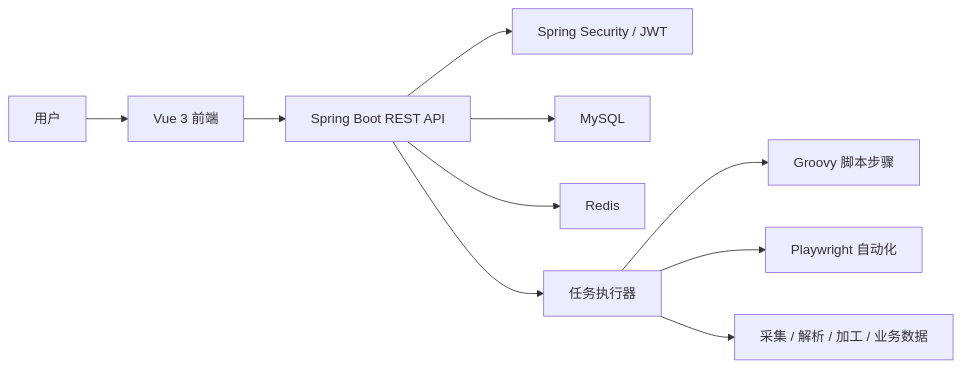
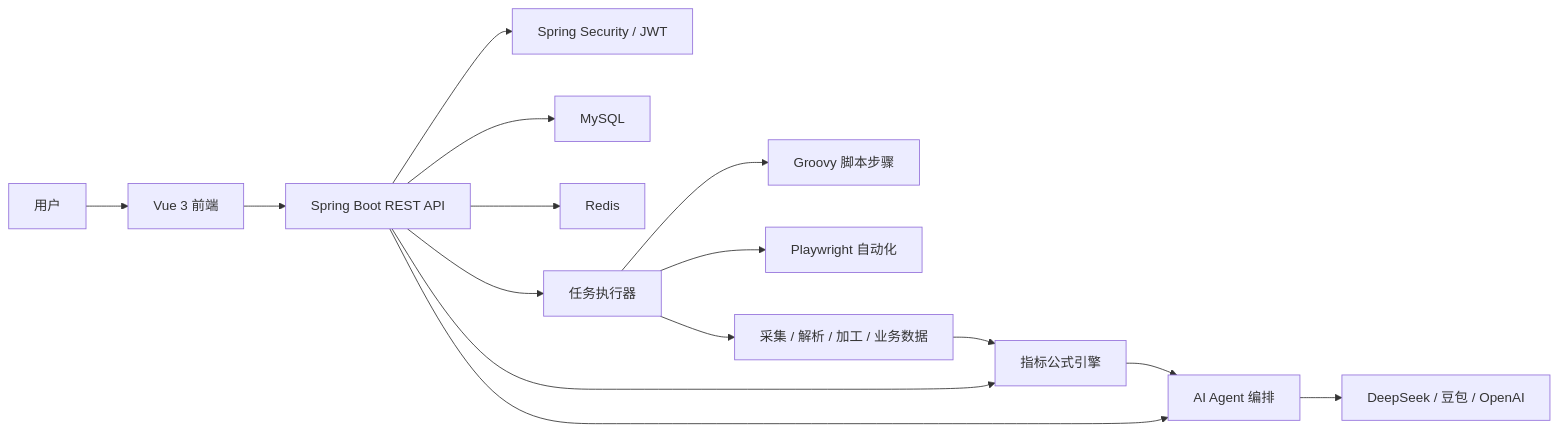
One commit to Nyx-Amanises/RPA changed the diagram in README.md. Above: the diagram before and after it, drawn with Mermaid. The commit also changed other lines of this file and 53 other files, not shown here.

````diff
--- a/README.md
+++ b/README.md
@@ -61,12 +67,17 @@
 ```mermaid
 flowchart LR
   User["用户"] --> Web["Vue 3 前端"]
   Web --> API["Spring Boot REST API"]
   API --> Auth["Spring Security / JWT"]
   API --> DB["MySQL"]
   API --> Redis["Redis"]
   API --> Executor["任务执行器"]
+  API --> Formula["指标公式引擎"]
+  API --> Agent["AI Agent 编排"]
   Executor --> Groovy["Groovy 脚本步骤"]
   Executor --> Playwright["Playwright 自动化"]
   Executor --> DataFlow["采集 / 解析 / 加工 / 业务数据"]
+  DataFlow --> Formula
+  Formula --> Agent
+  Agent --> Model["DeepSeek / 豆包 / OpenAI"]
 ```
````
